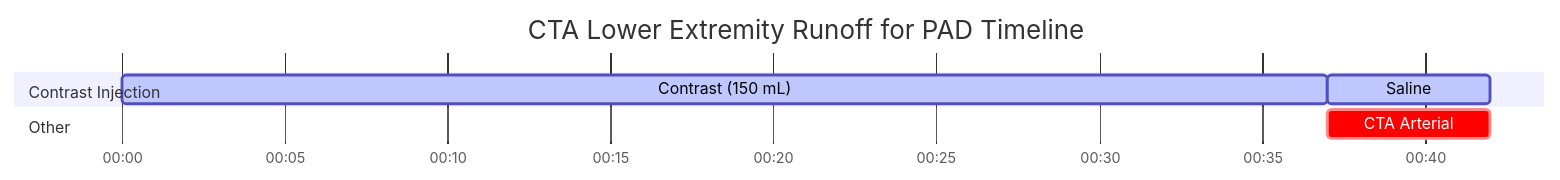
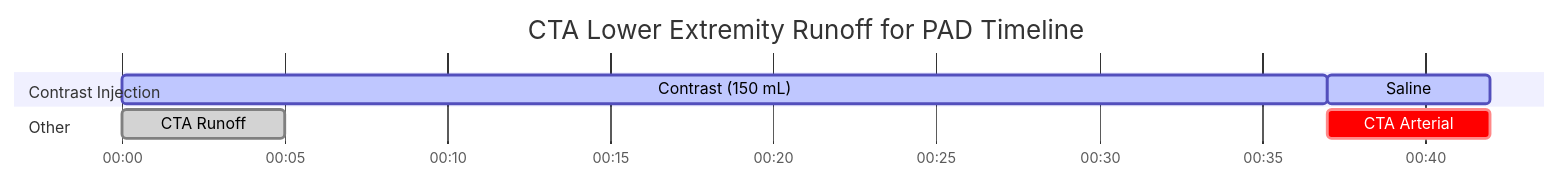
Before and after one commit to dfergs93/radiology-protocols: the diagram in docs/ct/vascular/cta-lower-extremity-runoff-for-pad.md, drawn with Mermaid. The commit also changed other lines of this file and 25 other files, not shown here.

````diff
--- a/docs/ct/vascular/cta-lower-extremity-runoff-for-pad.md
+++ b/docs/ct/vascular/cta-lower-extremity-runoff-for-pad.md
@@ -85,18 +86,19 @@
   ```mermaid
   ---
   displayMode: compact
   config:
     theme: default
     themeCSS: " #Saline{ fill: #4ed5ff; stroke: #2094f3; } "
   ---
     gantt
       title CTA Lower Extremity Runoff for PAD Timeline
       dateFormat mm:ss
       axisFormat %M:%S 
       
       section Contrast Injection
       Contrast (150 mL)    :active, contrast, 00:00, 37s
       Saline          :active, saline, after contrast, 5s
       section Other
       CTA Arterial    :crit, scan1, after contrast, 5s
+      CTA Runoff    :done, scan2, after CTA Arterial, 5s
   ```
````
